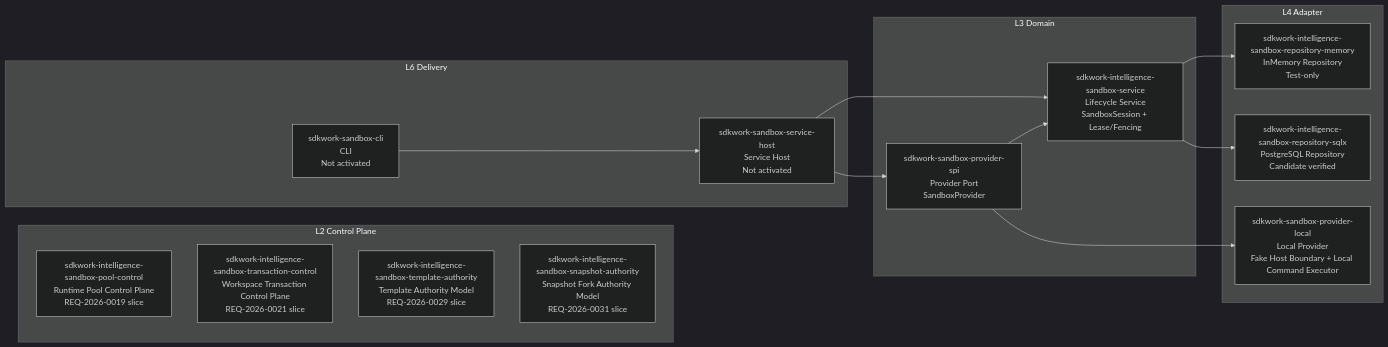
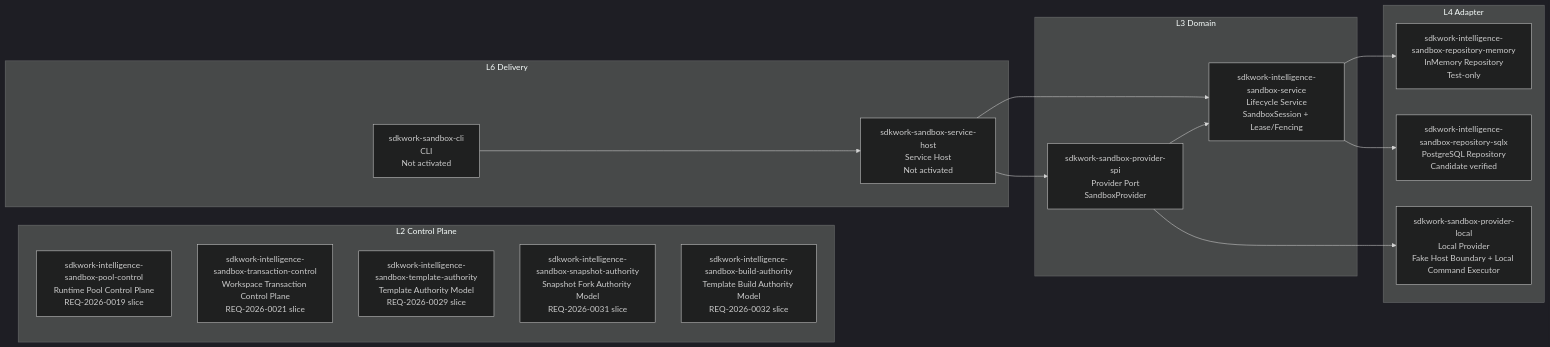
Before and after one commit to sdkwork-ai/sdkwork-sandbox: the first of 2 diagrams in docs/architecture/views/gate-zero-current-state.md, drawn with Mermaid (dark theme). The commit also changed other lines of this file and 27 other files, not shown here.

````diff
--- a/docs/architecture/views/gate-zero-current-state.md
+++ b/docs/architecture/views/gate-zero-current-state.md
@@ -15,33 +15,34 @@
 ```mermaid
 flowchart LR
     subgraph L2 Control Plane
         POOLCTL[sdkwork-intelligence-sandbox-pool-control<br/>Runtime Pool Control Plane<br/>REQ-2026-0019 slice]
         TXCTL[sdkwork-intelligence-sandbox-transaction-control<br/>Workspace Transaction Control Plane<br/>REQ-2026-0021 slice]
         TEMPL[sdkwork-intelligence-sandbox-template-authority<br/>Template Authority Model<br/>REQ-2026-0029 slice]
         SNAPAUTH[sdkwork-intelligence-sandbox-snapshot-authority<br/>Snapshot Fork Authority Model<br/>REQ-2026-0031 slice]
+        BUILDAUTH[sdkwork-intelligence-sandbox-build-authority<br/>Template Build Authority Model<br/>REQ-2026-0032 slice]
     end
 
     subgraph L3 Domain
         SPI[sdkwork-sandbox-provider-spi<br/>Provider Port<br/>SandboxProvider]
         SVC[sdkwork-intelligence-sandbox-service<br/>Lifecycle Service<br/>SandboxSession + Lease/Fencing]
     end
 
     subgraph L4 Adapter
         MEM[sdkwork-intelligence-sandbox-repository-memory<br/>InMemory Repository<br/>Test-only]
         SQL[sdkwork-intelligence-sandbox-repository-sqlx<br/>PostgreSQL Repository<br/>Candidate verified]
         LOCAL[sdkwork-sandbox-provider-local<br/>Local Provider<br/>Fake Host Boundary + Local Command Executor]
     end
 
     subgraph L6 Delivery
         HOST[sdkwork-sandbox-service-host<br/>Service Host<br/>Not activated]
         CLI[sdkwork-sandbox-cli<br/>CLI<br/>Not activated]
     end
 
     SPI --> SVC
     SVC --> MEM
     SVC --> SQL
     SPI --> LOCAL
     HOST --> SVC
     HOST --> SPI
     CLI --> HOST
 ```
````
